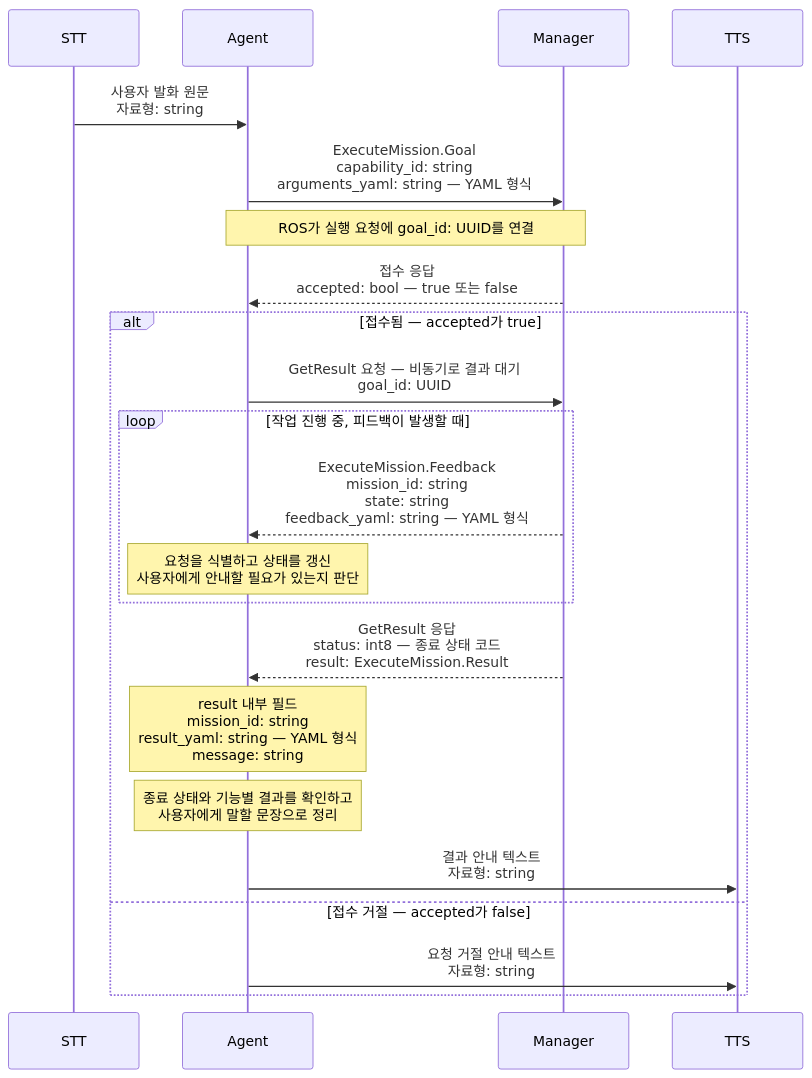
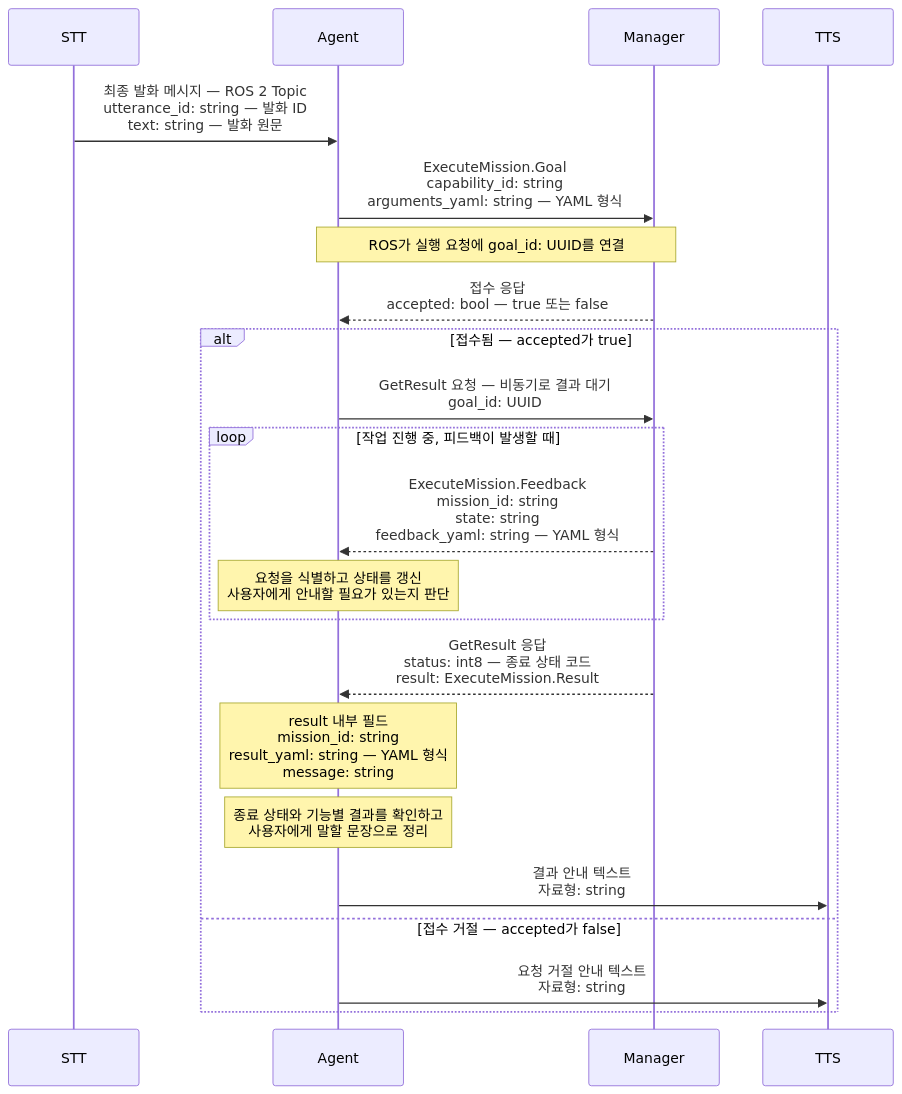
One commit to SWM-malbut/malbut changed the second of 2 diagrams in malbut_agent_server/docs/malbut_agent.md. Above: the diagram before and after it, drawn with Mermaid. The commit also changed other lines of this file and 49 other files, not shown here.

````diff
--- a/malbut_agent_server/docs/malbut_agent.md
+++ b/malbut_agent_server/docs/malbut_agent.md
@@ -59,32 +63,32 @@
 ```mermaid
 sequenceDiagram
     participant S as STT
     participant A as Agent
     participant M as Manager
     participant T as TTS
 
-    S->>A: 사용자 발화 원문<br/>자료형: string
+        S->>A: 최종 발화 메시지 — ROS 2 Topic<br/>utterance_id: string — 발화 ID<br/>text: string — 발화 원문
 
     A->>M: ExecuteMission.Goal<br/>capability_id: string<br/>arguments_yaml: string — YAML 형식
     Note over A,M: ROS가 실행 요청에 goal_id: UUID를 연결
 
     M-->>A: 접수 응답<br/>accepted: bool — true 또는 false
 
     alt 접수됨 — accepted가 true
         A->>M: GetResult 요청 — 비동기로 결과 대기<br/>goal_id: UUID
 
         loop 작업 진행 중, 피드백이 발생할 때
             M-->>A: ExecuteMission.Feedback<br/>mission_id: string<br/>state: string<br/>feedback_yaml: string — YAML 형식
             Note over A: 요청을 식별하고 상태를 갱신<br/>사용자에게 안내할 필요가 있는지 판단
         end
 
         M-->>A: GetResult 응답<br/>status: int8 — 종료 상태 코드<br/>result: ExecuteMission.Result
         Note over A: result 내부 필드<br/>mission_id: string<br/>result_yaml: string — YAML 형식<br/>message: string
 
         Note over A: 종료 상태와 기능별 결과를 확인하고<br/>사용자에게 말할 문장으로 정리
         A->>T: 결과 안내 텍스트<br/>자료형: string
 
     else 접수 거절 — accepted가 false
         A->>T: 요청 거절 안내 텍스트<br/>자료형: string
     end
 ```
````
